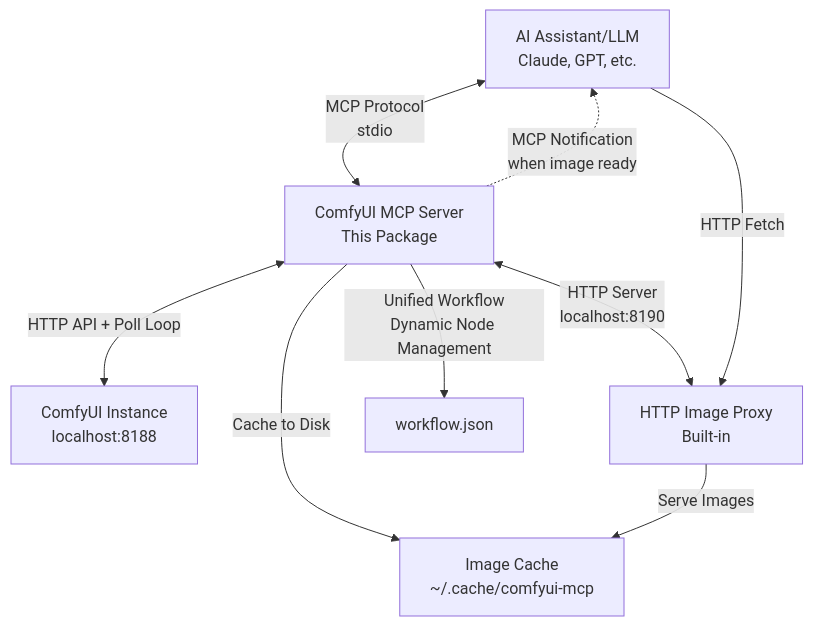
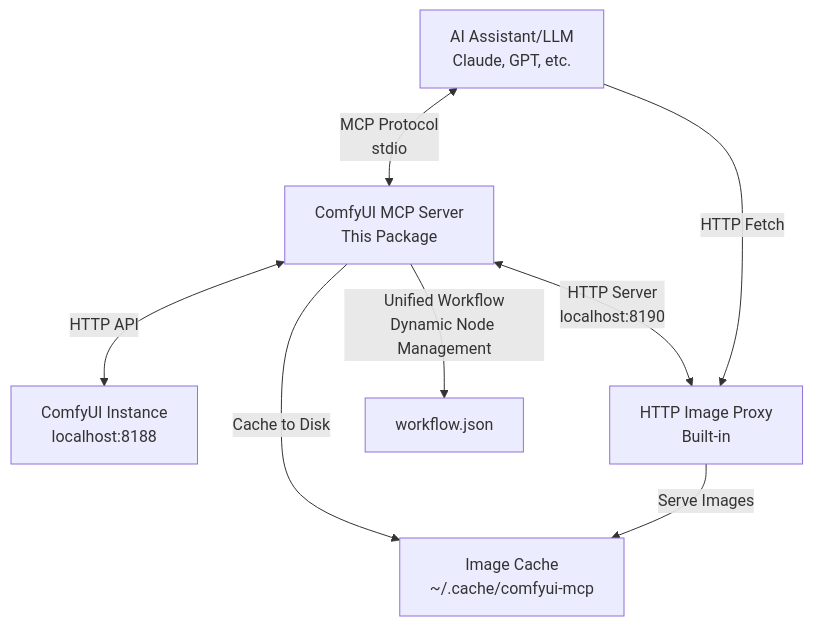
Before and after one commit to alecc08/comfyui-mcp: the diagram in README.md, drawn with Mermaid. The commit also changed other lines of this file and 2 other files, not shown here.

First line of the commit message:
docs: drop push-notification and denoise_strength references [skip ci]

````diff
--- a/README.md
+++ b/README.md
@@ -23,11 +23,10 @@
 ```mermaid
 graph TB
     A[AI Assistant/LLM<br/>Claude, GPT, etc.] <-->|MCP Protocol<br/>stdio| B[ComfyUI MCP Server<br/>This Package]
-    B -.->|MCP Notification<br/>when image ready| A
-    B <-->|HTTP API + Poll Loop| C[ComfyUI Instance<br/>localhost:8188]
+    B <-->|HTTP API| C[ComfyUI Instance<br/>localhost:8188]
     B -->|Cache to Disk| E[Image Cache<br/>~/.cache/comfyui-mcp]
     B <-->|HTTP Server<br/>localhost:8190| F[HTTP Image Proxy<br/>Built-in]
     F -->|Serve Images| E
     A -->|HTTP Fetch| F
     B -->|Unified Workflow<br/>Dynamic Node Management| G[workflow.json]
 ```
````
